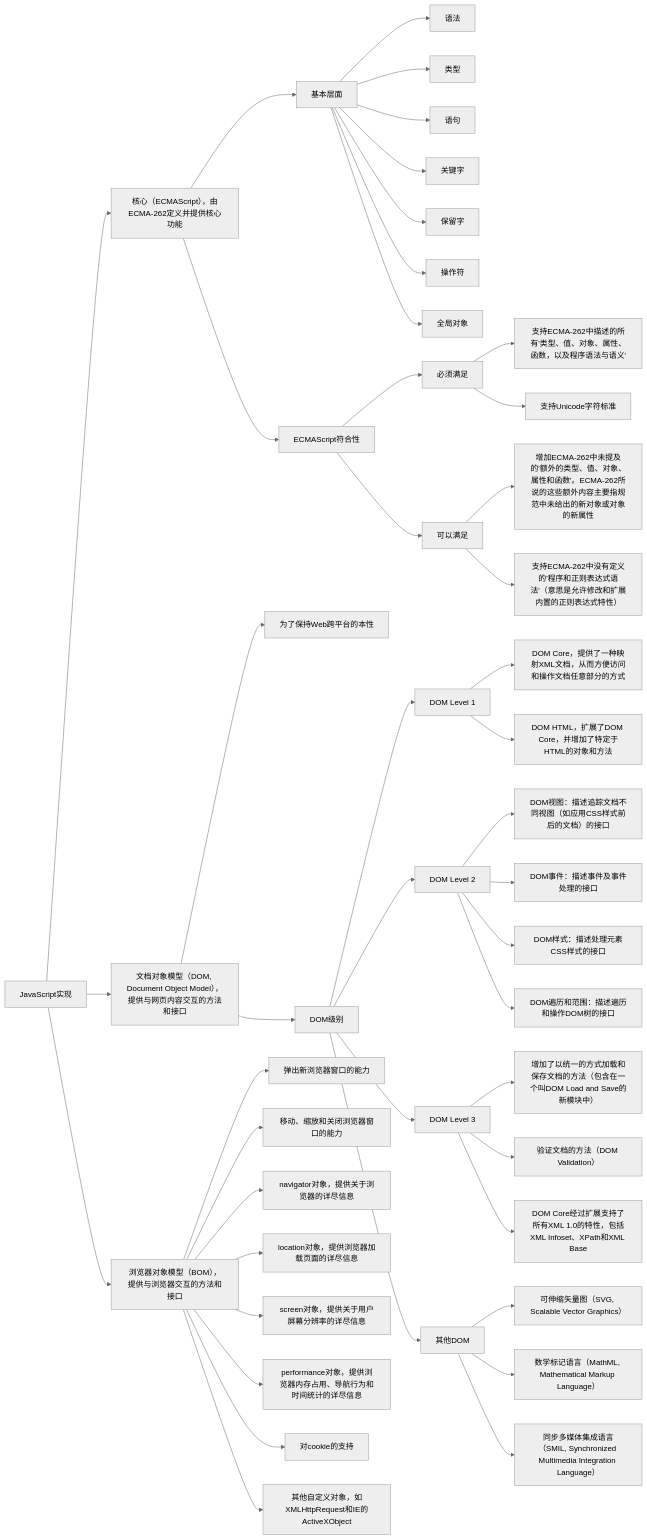
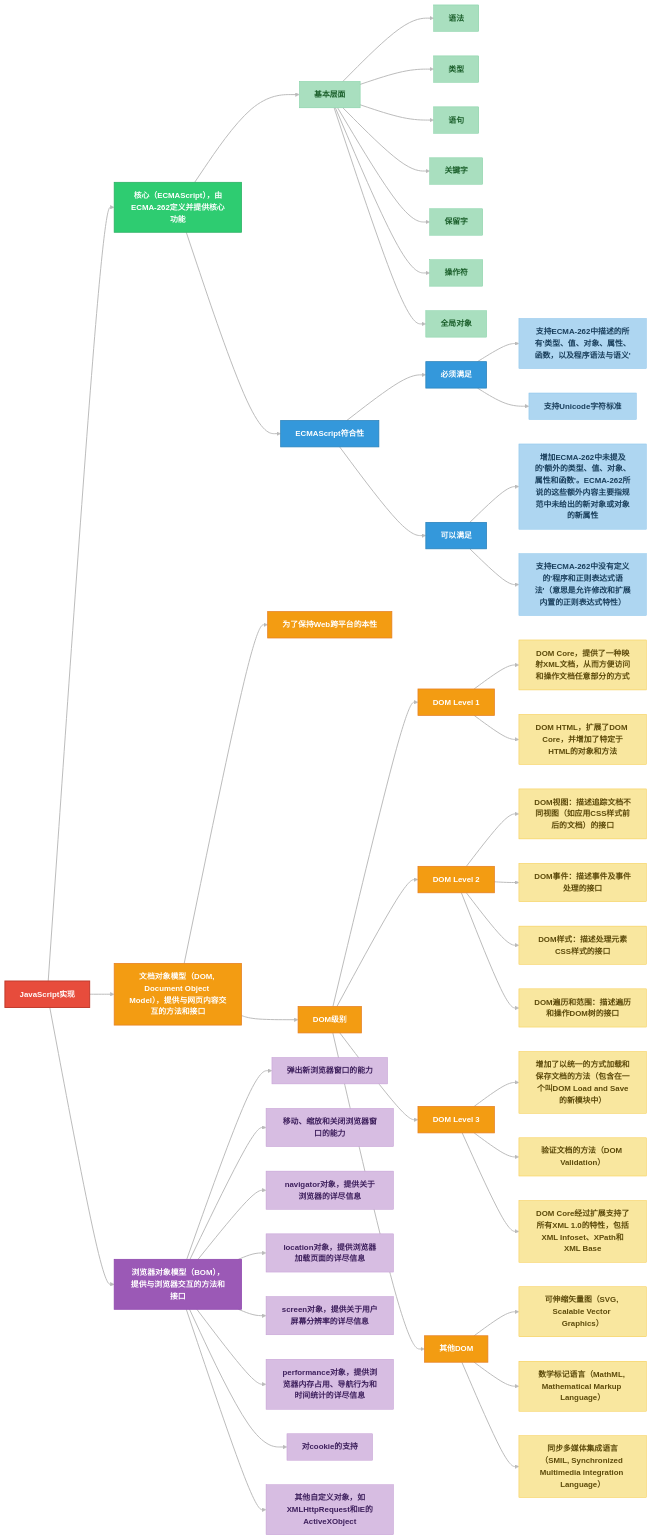
One commit to LBJhui/LBJhui-blog changed the diagram in docs/website/language/JavaScript/High-Performance JavaScript/第1章 什么是JavaScript.md. Above: the diagram before and after it, drawn with Mermaid (neutral theme). The commit also changed 12 other files, not shown here.

````diff
--- a/docs/website/language/JavaScript/High-Performance JavaScript/第1章 什么是JavaScript.md
+++ b/docs/website/language/JavaScript/High-Performance JavaScript/第1章 什么是JavaScript.md
@@ -9,47 +9,70 @@
 ```mermaid
 graph LR
-A[JavaScript实现] --> B["核心（ECMAScript），由ECMA-262定义并提供核心功能"]
-B --> BA[基本层面]
-BA --> BAA[语法]
-BA --> BAB[类型]
-BA --> BAC[语句]
-BA --> BAD[关键字]
-BA --> BAE[保留字]
-BA --> BAF[操作符]
-BA --> BAG[全局对象]
-B --> BB[ECMAScript符合性]
-BB --> BBA["必须满足"]
-BBA --> BBAA["支持ECMA-262中描述的所有'类型、值、对象、属性、函数，以及程序语法与语义'"]
-BBA --> BBAB["支持Unicode字符标准"]
-BB --> BBB["可以满足"]
-BBB --> BBBA["增加ECMA-262中未提及的'额外的类型、值、对象、属性和函数'。ECMA-262所说的这些额外内容主要指规范中未给出的新对象或对象的新属性"]
-BBB --> BBBB["支持ECMA-262中没有定义的'程序和正则表达式语法'（意思是允许修改和扩展内置的正则表达式特性）"]
-A --> C["文档对象模型（DOM, Document Object Model），提供与网页内容交互的方法和接口"]
-C --> CA["为了保持Web跨平台的本性"]
-C --> CB["DOM级别"]
-CB --> CBA["DOM Level 1"]
-CBA --> CBAA["DOM Core，提供了一种映射XML文档，从而方便访问和操作文档任意部分的方式"]
-CBA --> CBAB["DOM HTML，扩展了DOM Core，并增加了特定于HTML的对象和方法"]
-CB --> CBB["DOM Level 2"]
-CBB --> CBBA["DOM视图：描述追踪文档不同视图（如应用CSS样式前后的文档）的接口"]
-CBB --> CBBB["DOM事件：描述事件及事件处理的接口"]
-CBB --> CBBC["DOM样式：描述处理元素CSS样式的接口"]
-CBB --> CBBD["DOM遍历和范围：描述遍历和操作DOM树的接口"]
-CB --> CBC["DOM Level 3"]
-CBC --> CBCA["增加了以统一的方式加载和保存文档的方法（包含在一个叫DOM Load and Save的新模块中）"]
-CBC --> CBCB["验证文档的方法（DOM Validation）"]
-CBC --> CBCC["DOM Core经过扩展支持了所有XML 1.0的特性，包括XML Infoset、XPath和XML Base"]
-CB --> CBD["其他DOM"]
-CBD --> CBDA["可伸缩矢量图（SVG, Scalable Vector Graphics）"]
-CBD --> CBDB["数学标记语言（MathML, Mathematical Markup Language）"]
-CBD --> CBDC["同步多媒体集成语言（SMIL, Synchronized Multimedia Integration Language）"]
-A --> D["浏览器对象模型（BOM），提供与浏览器交互的方法和接口"]
-D --> DA["弹出新浏览器窗口的能力"]
-D --> DB["移动、缩放和关闭浏览器窗口的能力"]
-D --> DC["navigator对象，提供关于浏览器的详尽信息"]
-D --> DD["location对象，提供浏览器加载页面的详尽信息"]
-D --> DE["screen对象，提供关于用户屏幕分辨率的详尽信息"]
-D --> DF["performance对象，提供浏览器内存占用、导航行为和时间统计的详尽信息"]
-D --> DG["对cookie的支持"]
-D --> DH["其他自定义对象，如XMLHttpRequest和IE的ActiveXObject"]
+  linkStyle default stroke:#bbb,stroke-width:2px
+  %% ── 样式定义 ──────────────────────────
+  classDef root fill:#e74c3c,stroke:#c0392b,stroke-width:2px,color:#fff,font-weight:bold
+  classDef ecmaCore fill:#2ecc71,stroke:#27ae60,stroke-width:1.5px,color:#fff
+  classDef ecmaBasic fill:#a9dfbf,stroke:#7dcea0,stroke-width:1px,color:#1a5e2a
+  classDef conform fill:#3498db,stroke:#2980b9,stroke-width:1.5px,color:#fff
+  classDef conformSub fill:#aed6f1,stroke:#85c1e9,stroke-width:1px,color:#1a3f5c
+  classDef dom fill:#f39c12,stroke:#e67e22,stroke-width:1.5px,color:#fff
+  classDef domSub fill:#f9e79f,stroke:#f5c842,stroke-width:1px,color:#5c4a0a
+  classDef bom fill:#9b59b6,stroke:#8e44ad,stroke-width:1.5px,color:#fff
+  classDef bomSub fill:#d7bde2,stroke:#c39bd3,stroke-width:1px,color:#3d1f5c
+  %% ── 节点关系 ──────────────────────────
+  A[JavaScript实现] --> B["核心（ECMAScript），由ECMA-262定义并提供核心功能"]
+  B --> BA[基本层面]
+  BA --> BAA[语法]
+  BA --> BAB[类型]
+  BA --> BAC[语句]
+  BA --> BAD[关键字]
+  BA --> BAE[保留字]
+  BA --> BAF[操作符]
+  BA --> BAG[全局对象]
+  B --> BB[ECMAScript符合性]
+  BB --> BBA["必须满足"]
+  BBA --> BBAA["支持ECMA-262中描述的所有'类型、值、对象、属性、函数，以及程序语法与语义'"]
+  BBA --> BBAB["支持Unicode字符标准"]
+  BB --> BBB["可以满足"]
+  BBB --> BBBA["增加ECMA-262中未提及的'额外的类型、值、对象、属性和函数'。ECMA-262所说的这些额外内容主要指规范中未给出的新对象或对象的新属性"]
+  BBB --> BBBB["支持ECMA-262中没有定义的'程序和正则表达式语法'（意思是允许修改和扩展内置的正则表达式特性）"]
+  A --> C["文档对象模型（DOM, Document Object Model），提供与网页内容交互的方法和接口"]
+  C --> CA["为了保持Web跨平台的本性"]
+  C --> CB["DOM级别"]
+  CB --> CBA["DOM Level 1"]
+  CBA --> CBAA["DOM Core，提供了一种映射XML文档，从而方便访问和操作文档任意部分的方式"]
+  CBA --> CBAB["DOM HTML，扩展了DOM Core，并增加了特定于HTML的对象和方法"]
+  CB --> CBB["DOM Level 2"]
+  CBB --> CBBA["DOM视图：描述追踪文档不同视图（如应用CSS样式前后的文档）的接口"]
+  CBB --> CBBB["DOM事件：描述事件及事件处理的接口"]
+  CBB --> CBBC["DOM样式：描述处理元素CSS样式的接口"]
+  CBB --> CBBD["DOM遍历和范围：描述遍历和操作DOM树的接口"]
+  CB --> CBC["DOM Level 3"]
+  CBC --> CBCA["增加了以统一的方式加载和保存文档的方法（包含在一个叫DOM Load and Save的新模块中）"]
+  CBC --> CBCB["验证文档的方法（DOM Validation）"]
+  CBC --> CBCC["DOM Core经过扩展支持了所有XML 1.0的特性，包括XML Infoset、XPath和XML Base"]
+  CB --> CBD["其他DOM"]
+  CBD --> CBDA["可伸缩矢量图（SVG, Scalable Vector Graphics）"]
+  CBD --> CBDB["数学标记语言（MathML, Mathematical Markup Language）"]
+  CBD --> CBDC["同步多媒体集成语言（SMIL, Synchronized Multimedia Integration Language）"]
+  A --> D["浏览器对象模型（BOM），提供与浏览器交互的方法和接口"]
+  D --> DA["弹出新浏览器窗口的能力"]
+  D --> DB["移动、缩放和关闭浏览器窗口的能力"]
+  D --> DC["navigator对象，提供关于浏览器的详尽信息"]
+  D --> DD["location对象，提供浏览器加载页面的详尽信息"]
+  D --> DE["screen对象，提供关于用户屏幕分辨率的详尽信息"]
+  D --> DF["performance对象，提供浏览器内存占用、导航行为和时间统计的详尽信息"]
+  D --> DG["对cookie的支持"]
+  D --> DH["其他自定义对象，如XMLHttpRequest和IE的ActiveXObject"]
+  %% ── 类分配 ──────────────────────────
+  class A root
+  class B ecmaCore
+  class BA,BAA,BAB,BAC,BAD,BAE,BAF,BAG ecmaBasic
+  class BB,BBA,BBB conform
+  class BBAA,BBAB,BBBA,BBBB conformSub
+  class C,CA,CB dom
+  class CBA,CBB,CBC,CBD dom
+  class CBAA,CBAB,CBBA,CBBB,CBBC,CBBD,CBCA,CBCB,CBCC,CBDA,CBDB,CBDC domSub
+  class D bom
+  class DA,DB,DC,DD,DE,DF,DG,DH bomSub
 ```
````
